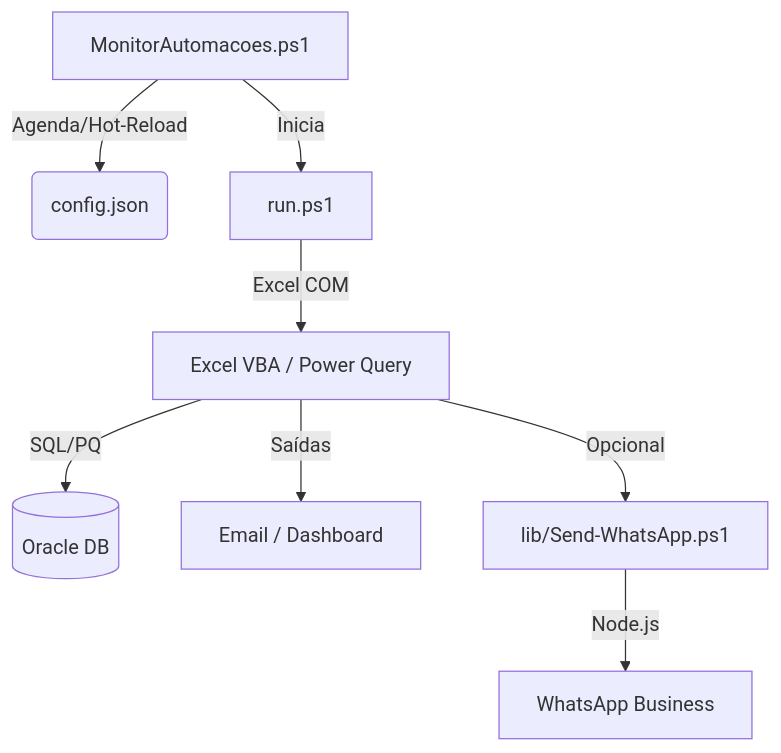
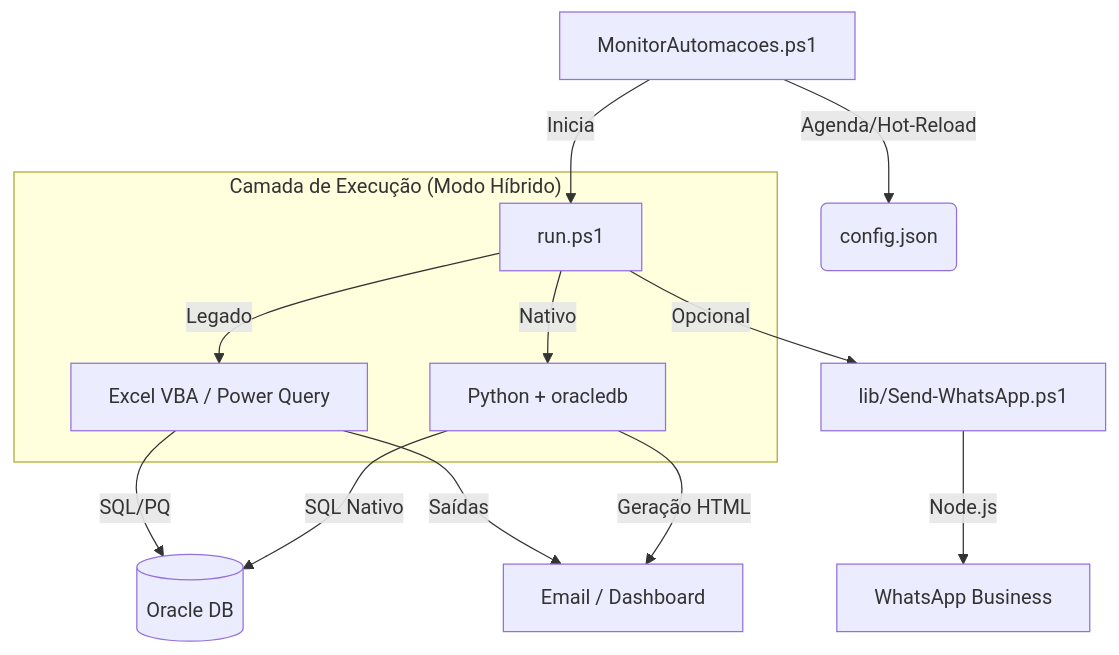
One commit to GabrielDiasNN/Automacoes-CR changed the diagram in README.md. Above: the diagram before and after it, drawn with Mermaid. The commit also changed other lines of this file and 5 other files, not shown here.

````diff
--- a/README.md
+++ b/README.md
@@ -7,10 +9,19 @@
 ```mermaid
 graph TD
     A[MonitorAutomacoes.ps1] -->|Agenda/Hot-Reload| B(config.json)
     A -->|Inicia| P[run.ps1]
-    P -->|Excel COM| D[Excel VBA / Power Query]
+    
+    subgraph "Camada de Execução (Modo Híbrido)"
+        P -->|Legado| D[Excel VBA / Power Query]
+        P -->|Nativo| PY[Python + oracledb]
+    end
+
     D -->|SQL/PQ| E[(Oracle DB)]
+    PY -->|SQL Nativo| E
+    
     D -->|Saídas| F[Email / Dashboard]
-    D -->|Opcional| G[lib/Send-WhatsApp.ps1]
+    PY -->|Geração HTML| F
+    
+    P -->|Opcional| G[lib/Send-WhatsApp.ps1]
     G -->|Node.js| H[WhatsApp Business]
 ```
````
